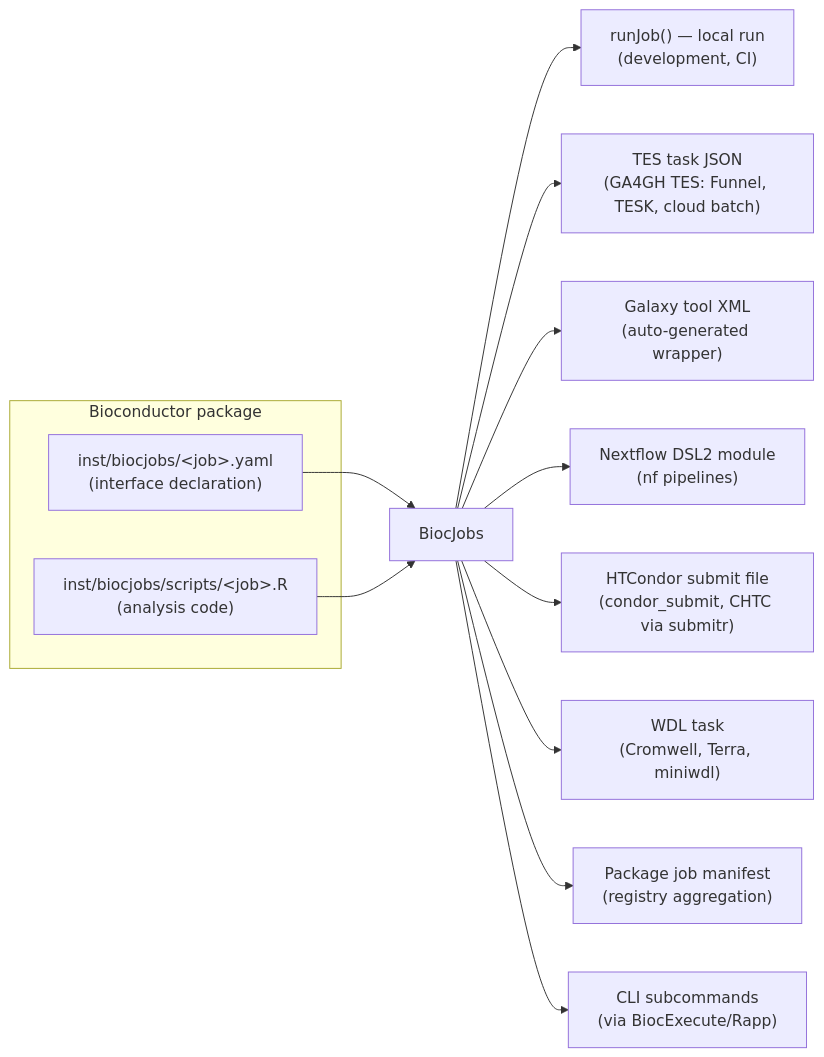
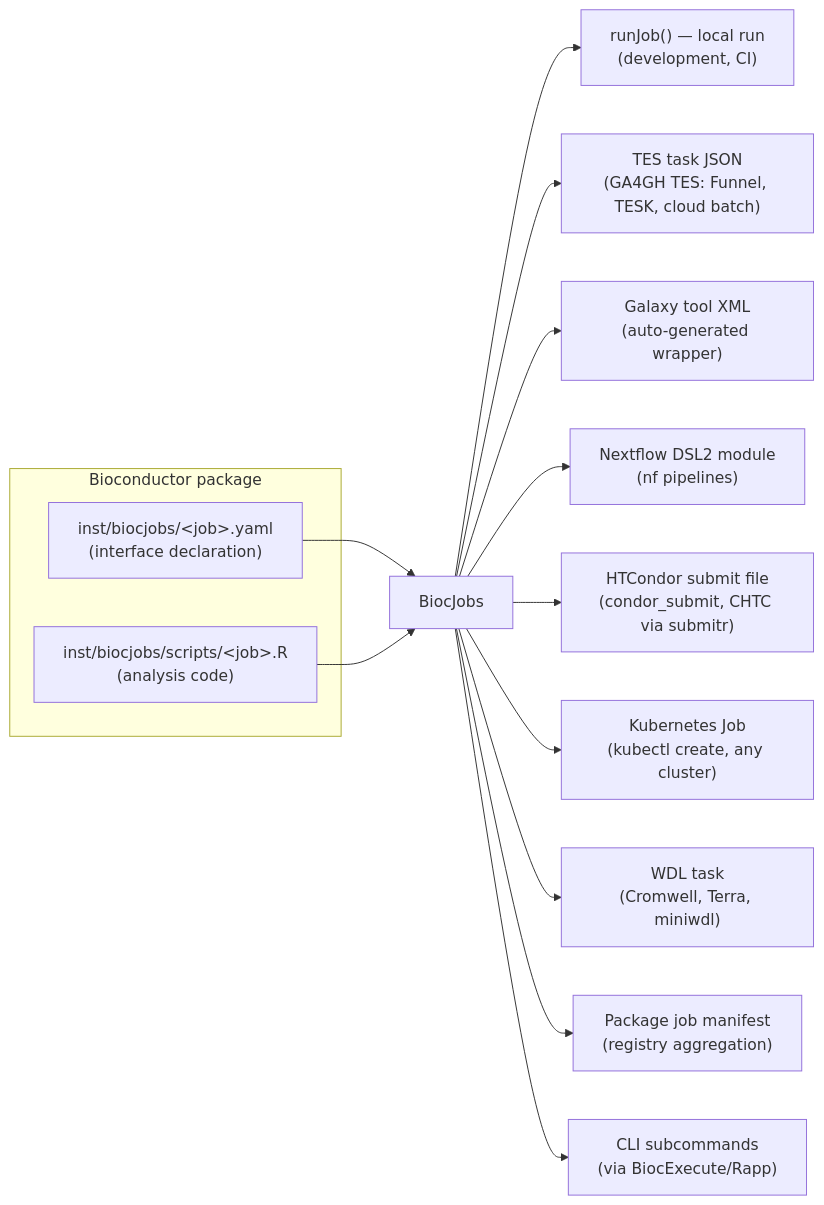
Before and after one commit to almahmoud/BiocJobs: the diagram in README.md, drawn with Mermaid. The commit also changed other lines of this file and 7 other files, not shown here.

````diff
--- a/README.md
+++ b/README.md
@@ -65,17 +66,18 @@
 ```mermaid
 flowchart LR
     subgraph pkg [Bioconductor package]
         Y["inst/biocjobs/&lt;job&gt;.yaml<br/>(interface declaration)"]
         S["inst/biocjobs/scripts/&lt;job&gt;.R<br/>(analysis code)"]
     end
     Y --> B[BiocJobs]
     S --> B
     B --> L["runJob() — local run<br/>(development, CI)"]
     B --> T["TES task JSON<br/>(GA4GH TES: Funnel, TESK, cloud batch)"]
     B --> G["Galaxy tool XML<br/>(auto-generated wrapper)"]
     B --> N["Nextflow DSL2 module<br/>(nf pipelines)"]
     B --> H["HTCondor submit file<br/>(condor_submit, CHTC via submitr)"]
+    B --> K["Kubernetes Job<br/>(kubectl create, any cluster)"]
     B --> W["WDL task<br/>(Cromwell, Terra, miniwdl)"]
     B --> M["Package job manifest<br/>(registry aggregation)"]
     B --> C["CLI subcommands<br/>(via BiocExecute/Rapp)"]
 ```
````
